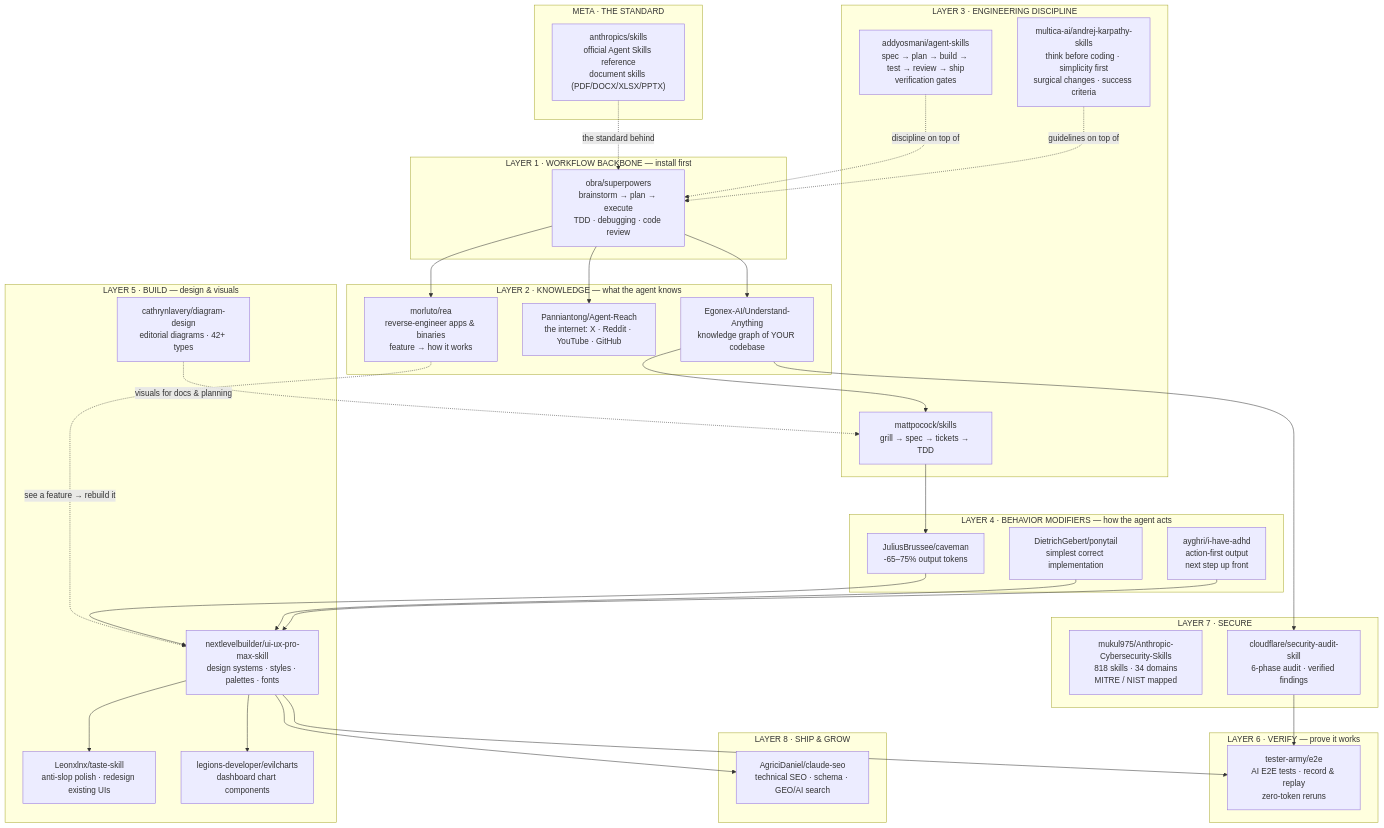
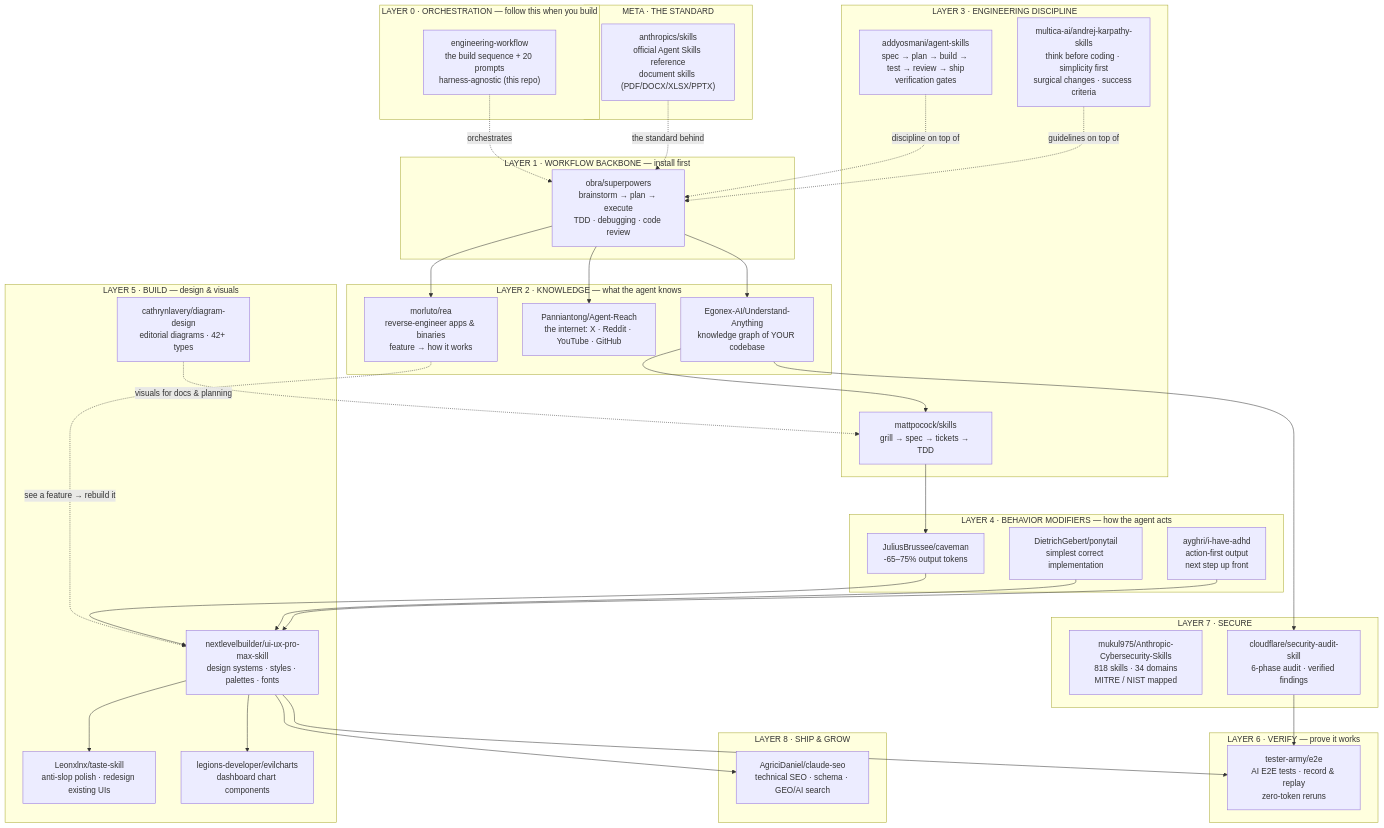
One commit to aaronjoseph94/aarons-skill-stack changed the diagram in README.md. Above: the diagram before and after it, drawn with Mermaid. The commit also changed other lines of this file and 7 other files, not shown here.

Commit message:
Add engineering-workflow as skill #20 (orchestration layer): SKILL.md + AGENTS.md + ENGINEERING-WORKFLOW.md + CLAUDE.md template; README card, Layer 0 diagram node, agents/harness section; install.sh step 20; INSTALL.md full 20-step table; upstream-state.json baseline

````diff
--- a/README.md
+++ b/README.md
@@ -49,60 +63,64 @@
 ```mermaid
 flowchart TB
+    subgraph L0["LAYER 0 · ORCHESTRATION — follow this when you build"]
+        EW["engineering-workflow<br/>the build sequence + 20 prompts<br/>harness-agnostic (this repo)"]
+    end
     subgraph META["META · THE STANDARD"]
         AN["anthropics/skills<br/>official Agent Skills reference<br/>document skills (PDF/DOCX/XLSX/PPTX)"]
     end
     subgraph L1["LAYER 1 · WORKFLOW BACKBONE — install first"]
         SP["obra/superpowers<br/>brainstorm → plan → execute<br/>TDD · debugging · code review"]
     end
     subgraph L2["LAYER 2 · KNOWLEDGE — what the agent knows"]
         UA["Egonex-AI/Understand-Anything<br/>knowledge graph of YOUR codebase"]
         AR["Panniantong/Agent-Reach<br/>the internet: X · Reddit · YouTube · GitHub"]
         REA["morluto/rea<br/>reverse-engineer apps & binaries<br/>feature → how it works"]
     end
     subgraph L3["LAYER 3 · ENGINEERING DISCIPLINE"]
         MP["mattpocock/skills<br/>grill → spec → tickets → TDD"]
         AO["addyosmani/agent-skills<br/>spec → plan → build → test → review → ship<br/>verification gates"]
         KAR["multica-ai/andrej-karpathy-skills<br/>think before coding · simplicity first<br/>surgical changes · success criteria"]
     end
     subgraph L4["LAYER 4 · BEHAVIOR MODIFIERS — how the agent acts"]
         CV["JuliusBrussee/caveman<br/>-65–75% output tokens"]
         PT["DietrichGebert/ponytail<br/>simplest correct implementation"]
         ADHD["ayghri/i-have-adhd<br/>action-first output<br/>next step up front"]
     end
     subgraph L5["LAYER 5 · BUILD — design & visuals"]
         UX["nextlevelbuilder/ui-ux-pro-max-skill<br/>design systems · styles · palettes · fonts"]
         TS["Leonxlnx/taste-skill<br/>anti-slop polish · redesign existing UIs"]
         EC["legions-developer/evilcharts<br/>dashboard chart components"]
         DD["cathrynlavery/diagram-design<br/>editorial diagrams · 42+ types"]
     end
     subgraph L6["LAYER 6 · VERIFY — prove it works"]
         E2E["tester-army/e2e<br/>AI E2E tests · record & replay<br/>zero-token reruns"]
     end
     subgraph L7["LAYER 7 · SECURE"]
         CS["mukul975/Anthropic-Cybersecurity-Skills<br/>818 skills · 34 domains<br/>MITRE / NIST mapped"]
         CA["cloudflare/security-audit-skill<br/>6-phase audit · verified findings"]
     end
     subgraph L8["LAYER 8 · SHIP & GROW"]
         SEO["AgriciDaniel/claude-seo<br/>technical SEO · schema · GEO/AI search"]
     end
 
+    EW -. orchestrates .-> SP
     AN -. the standard behind .-> SP
     SP --> UA
     SP --> AR
     SP --> REA
     REA -. see a feature → rebuild it .-> UX
     UA --> MP
     MP --> CV
     AO -. discipline on top of .-> SP
     KAR -. guidelines on top of .-> SP
     CV --> UX
     PT --> UX
     ADHD --> UX
     UX --> TS
     UX --> EC
     UX --> E2E
     DD -. visuals for docs & planning .-> MP
     UA --> CA
     CA --> E2E
     UX --> SEO
 ```
````
